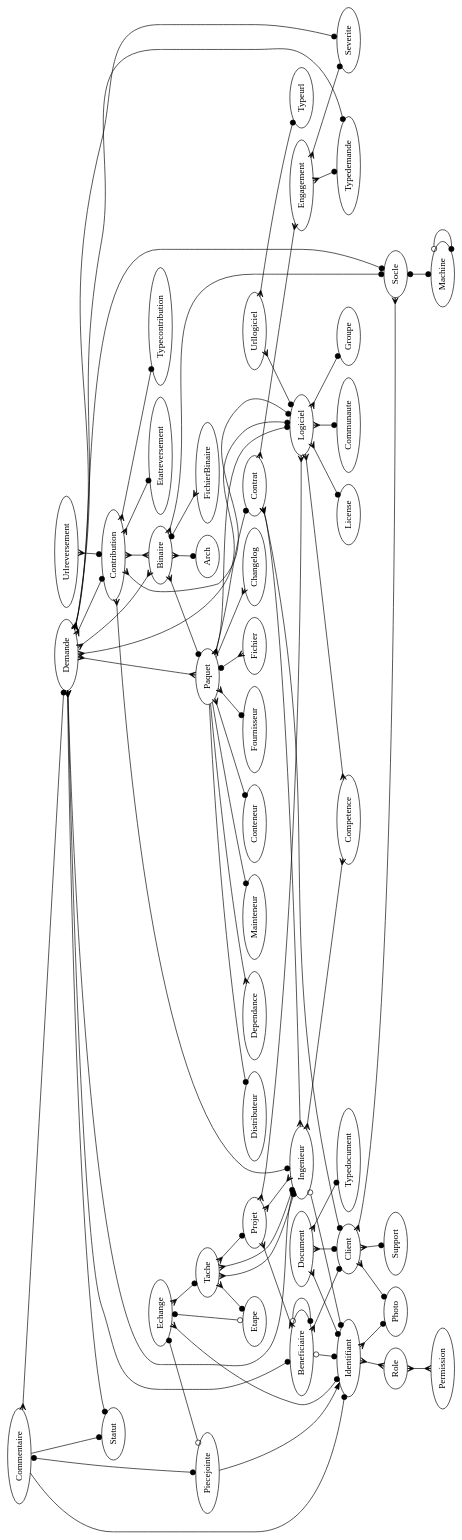
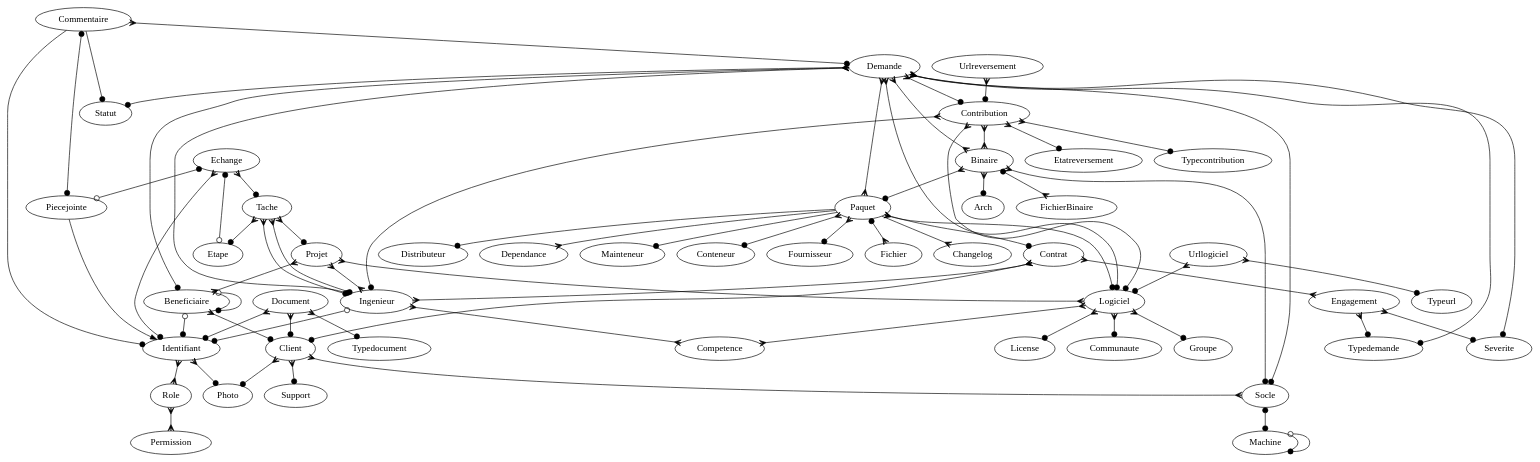
The diagram in doc/modele_donnee.dot (trivoallan/tosca), drawn with Graphviz before and after one commit. The commit also changed 1 other file, not shown here.

```diff
--- a/doc/modele_donnee.dot
+++ b/doc/modele_donnee.dot
@@ -1,82 +1,82 @@
 digraph x {
 
-rotate=90;
+//rotate=90;
 
 Binaire -> Paquet [arrowhead=dot,arrowtail=crow,dir=both]
 Binaire -> Socle [arrowhead=dot,dir=both,arrowtail=crow]
 Binaire -> Arch [arrowhead=dot,dir=both,arrowtail=crow]
 Binaire -> FichierBinaire [arrowhead=crow,dir=both,arrowtail=dot]
 
 Beneficiaire -> Identifiant [arrowhead=dot,arrowtail=odot,dir=both]
 Beneficiaire -> Client [arrowhead=dot,dir=both,arrowtail=crow]
 Beneficiaire -> Beneficiaire [arrowhead=dot,arrowtail=odot,dir=both]
 Client -> Photo [arrowhead=dot,dir=both,arrowtail=crow]
 Client -> Support [arrowhead=dot,dir=both,arrowtail=crow]
 Client -> Socle [arrowhead=crow,dir=both,arrowtail=crow]
 Commentaire -> Demande [arrowhead=dot,dir=both,arrowtail=crow]
 Commentaire -> Identifiant [arrowhead=dot]
 Commentaire -> Piecejointe [arrowhead=dot,dir=both,arrowtail=dot]
 Commentaire -> Statut [arrowhead=dot]
 Contrat -> Client [arrowhead=dot,dir=both,arrowtail=crow]
 Contrat -> Ingenieur [arrowhead=crow,arrowtail=crow,dir=both]
 Contrat -> Engagement [arrowhead=crow,arrowtail=crow,dir=both]
 Identifiant -> Photo [arrowhead=dot,dir=both,arrowtail=crow]
 Identifiant -> Role [arrowhead=crow,arrowtail=crow,dir=both]
 Ingenieur -> Competence [arrowhead=crow,arrowtail=crow,dir=both]
 Ingenieur -> Identifiant [arrowhead=dot,arrowtail=odot,dir=both]
 Logiciel -> Competence [arrowhead=crow,arrowtail=crow,dir=both]
 Logiciel -> License [arrowhead=dot,dir=both,arrowtail=crow]
 Logiciel -> Communaute [arrowhead=dot,dir=both,arrowtail=crow]
 Logiciel -> Groupe [arrowhead=dot,dir=both,arrowtail=crow]
 Paquet -> Logiciel [arrowhead=dot,dir=both,arrowtail=crow]
 Paquet -> Fournisseur [arrowhead=dot,dir=both,arrowtail=crow]
 Paquet -> Fichier [arrowhead=crow,dir=both,arrowtail=dot]
 Paquet -> Contrat [arrowhead=dot,dir=both,arrowtail=crow]
 Paquet -> Changelog [arrowhead=crow]
 Paquet -> Distributeur [arrowhead=dot]
 Paquet -> Dependance [arrowhead=crow]
 Paquet -> Mainteneur [arrowhead=dot]
 Paquet -> Conteneur [arrowhead=dot,dir=both,arrowtail=crow]
 Socle -> Machine [arrowhead=dot,dir=both,arrowtail=dot]
 Machine -> Machine [arrowhead=dot,dir=both,arrowtail=odot]
 Demande -> Typedemande [arrowhead=dot,dir=both,arrowtail=crow]
 Demande -> Logiciel [arrowhead=dot,dir=both,arrowtail=crow]
 Demande -> Severite [arrowhead=dot,dir=both,arrowtail=crow]
 Demande -> Beneficiaire [arrowhead=dot,dir=both,arrowtail=crow]
 Demande -> Socle [arrowhead=dot,dir=both,arrowtail=crow]
 Demande -> Statut [arrowhead=dot,dir=both,arrowtail=crow]
 Demande -> Ingenieur [arrowhead=dot,dir=both,arrowtail=crow]
 Demande -> Binaire [arrowhead=crow,arrowtail=crow,dir=both]
 Demande -> Paquet [arrowhead=crow,arrowtail=crow,dir=both]
 Urllogiciel -> Logiciel [arrowhead=dot,dir=both,arrowtail=crow]
 Urllogiciel -> Typeurl [arrowhead=dot,dir=both,arrowtail=crow]
 Engagement -> Severite [arrowhead=dot,dir=both,arrowtail=crow]
 Engagement -> Typedemande [arrowhead=dot,dir=both,arrowtail=crow]
 Role -> Permission [arrowhead=crow,arrowtail=crow,dir=both]
 Contribution -> Binaire [arrowhead=crow,arrowtail=crow,dir=both]
 Urlreversement -> Contribution [arrowhead=dot,dir=both,arrowtail=crow]
 Demande -> Contribution [arrowhead=dot,dir=both,arrowtail=crow]
 Contribution -> Etatreversement [arrowhead=dot,dir=both,arrowtail=crow]
 Contribution -> Typecontribution [arrowhead=dot,dir=both,arrowtail=crow]
 Contribution -> Logiciel [arrowhead=dot,dir=both,arrowtail=crow]
 Contribution -> Ingenieur [arrowhead=dot,dir=both,arrowtail=crow]
 Piecejointe -> Identifiant [arrowtail=crow]
 Document -> Client [arrowhead=dot,dir=both,arrowtail=crow]
 Document -> Typedocument [arrowhead=dot,dir=both,arrowtail=crow]
 Document -> Identifiant [arrowhead=dot,dir=both,arrowtail=crow]
 
 Tache -> Ingenieur [arrowhead=dot,dir=both,arrowtail=crow]
 Tache -> Ingenieur [arrowhead=dot,dir=both,arrowtail=crow]
 Tache -> Projet [arrowhead=dot,dir=both,arrowtail=crow]
 Tache -> Etape [arrowhead=dot,dir=both,arrowtail=crow]
 
 Projet -> Logiciel [arrowhead=crow,dir=both,arrowtail=crow]
 Projet -> Beneficiaire [arrowhead=crow,dir=both,arrowtail=crow]
 Projet -> Ingenieur [arrowhead=crow,dir=both,arrowtail=crow]
 
 Echange -> Tache [arrowhead=dot,dir=both,arrowtail=crow]
 Echange -> Identifiant [arrowhead=dot,dir=both,arrowtail=crow]
 Echange -> Piecejointe [arrowhead=odot,dir=both,arrowtail=dot]
 Echange -> Etape [arrowhead=odot,dir=both,arrowtail=dot]
 
 }
```
